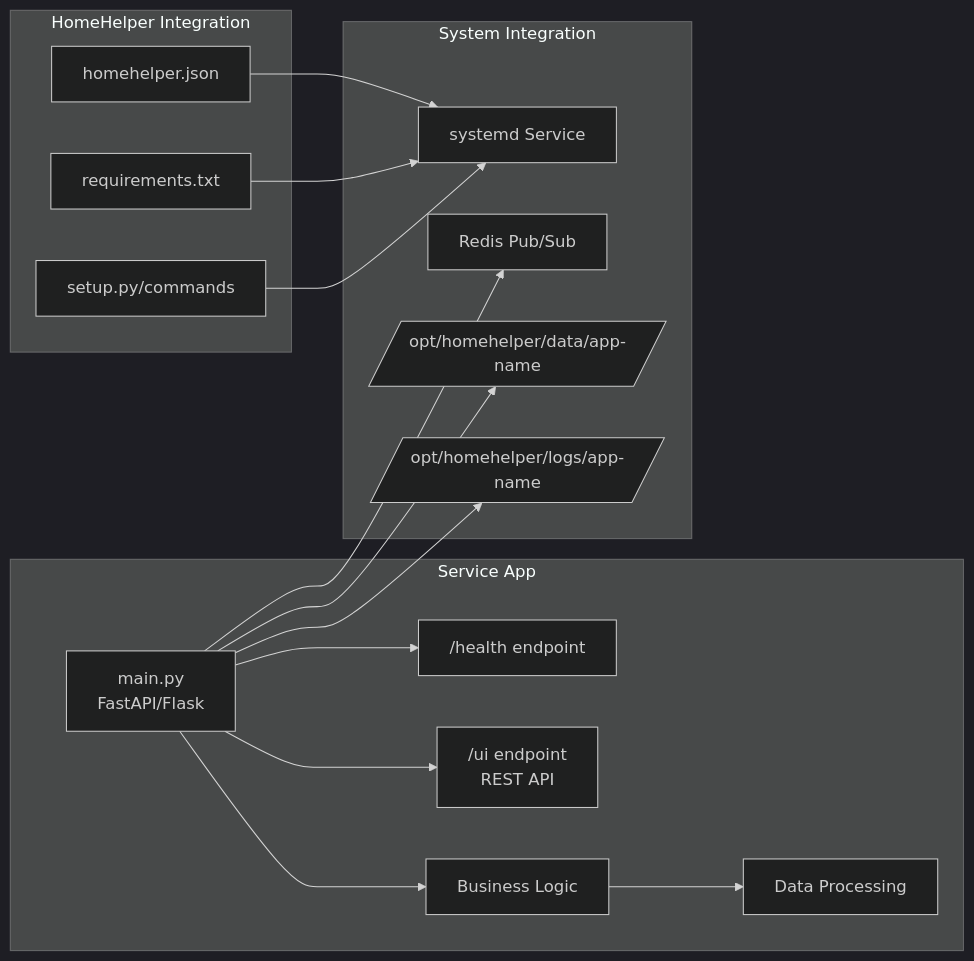
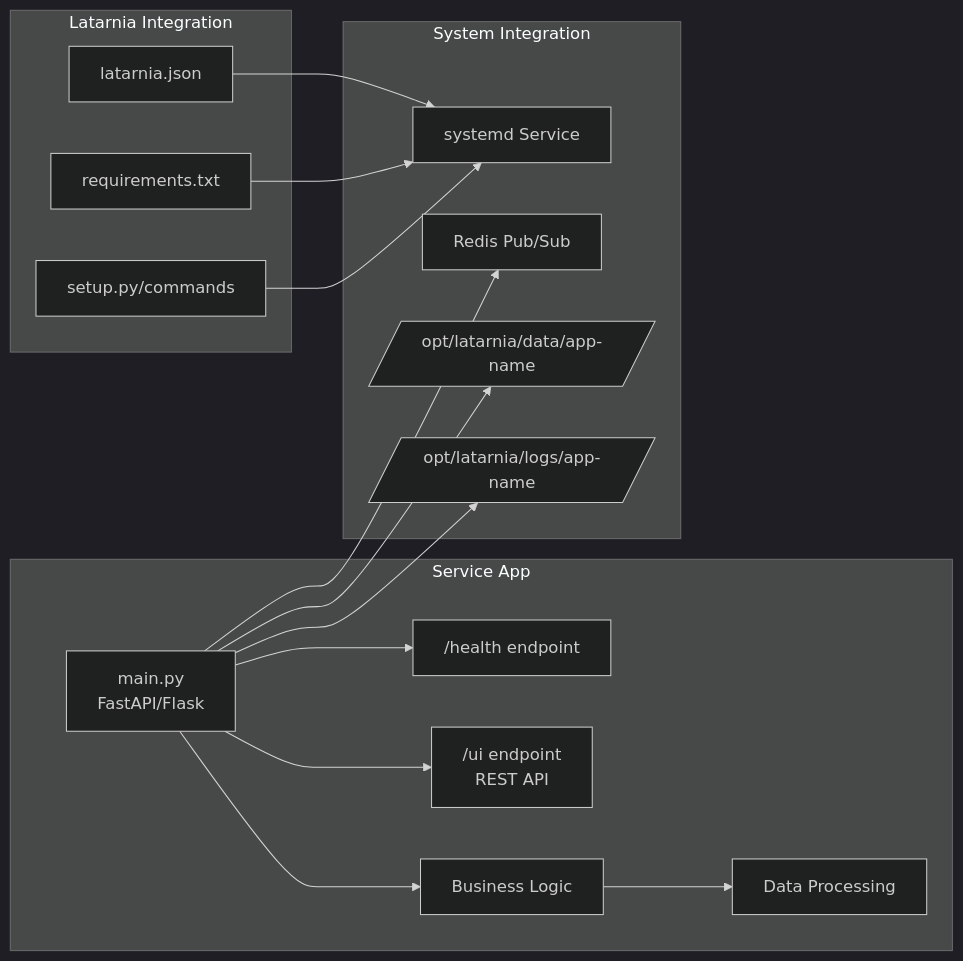
Before and after one commit to felipe-stanham/HomeHelper: the second of 6 diagrams in docs/System/architecture.md, drawn with Mermaid (dark theme). The commit also changed other lines of this file and 49 other files, not shown here.

First line of the commit message:
Rename platform from HomeHelper to Latarnia (P-0002 Scope 1)

````diff
--- a/docs/System/architecture.md
+++ b/docs/System/architecture.md
@@ -129,36 +129,36 @@
 ```mermaid
 graph LR
     subgraph "Service App"
         Main[main.py<br/>FastAPI/Flask]
         Health[&sol;health endpoint]
         UI[&sol;ui endpoint<br/>REST API]
         Logic[Business Logic]
         Data[Data Processing]
     end
     
-    subgraph "HomeHelper Integration"
-        Manifest[homehelper.json]
+    subgraph "Latarnia Integration"
+        Manifest[latarnia.json]
         Requirements[requirements.txt]
         Setup[setup.py/commands]
     end
     
     subgraph "System Integration"
         systemd[systemd Service]
         Redis[Redis Pub/Sub]
-        Storage[/opt/homehelper/data/app-name/]
-        Logs[/opt/homehelper/logs/app-name/]
+        Storage[/opt/latarnia/data/app-name/]
+        Logs[/opt/latarnia/logs/app-name/]
     end
     
     Main --> Health
     Main --> UI
     Main --> Logic
     Logic --> Data
     
     Manifest --> systemd
     Requirements --> systemd
     Setup --> systemd
     
     Main --> Redis
     Main --> Storage
     Main --> Logs
 ```
````
